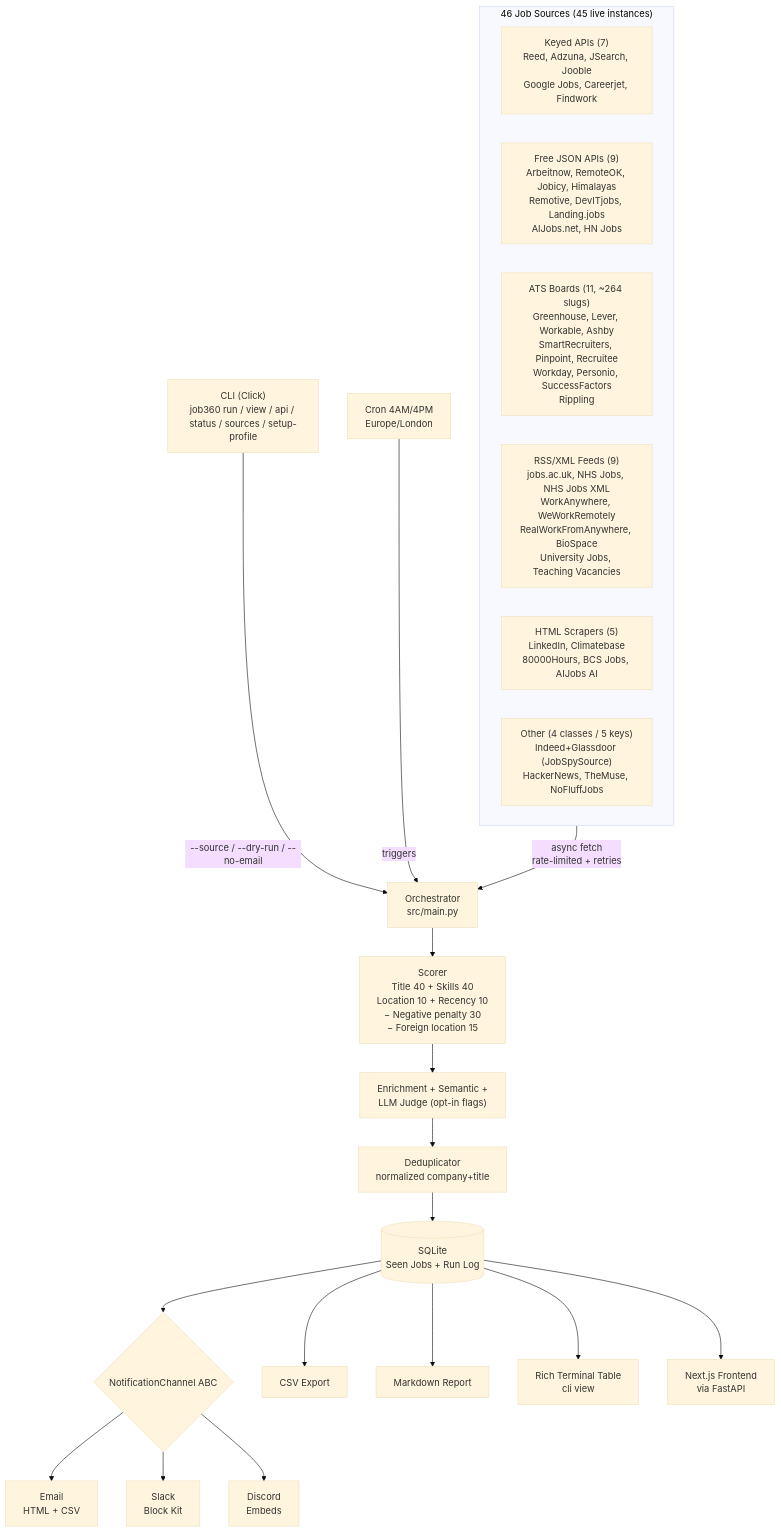
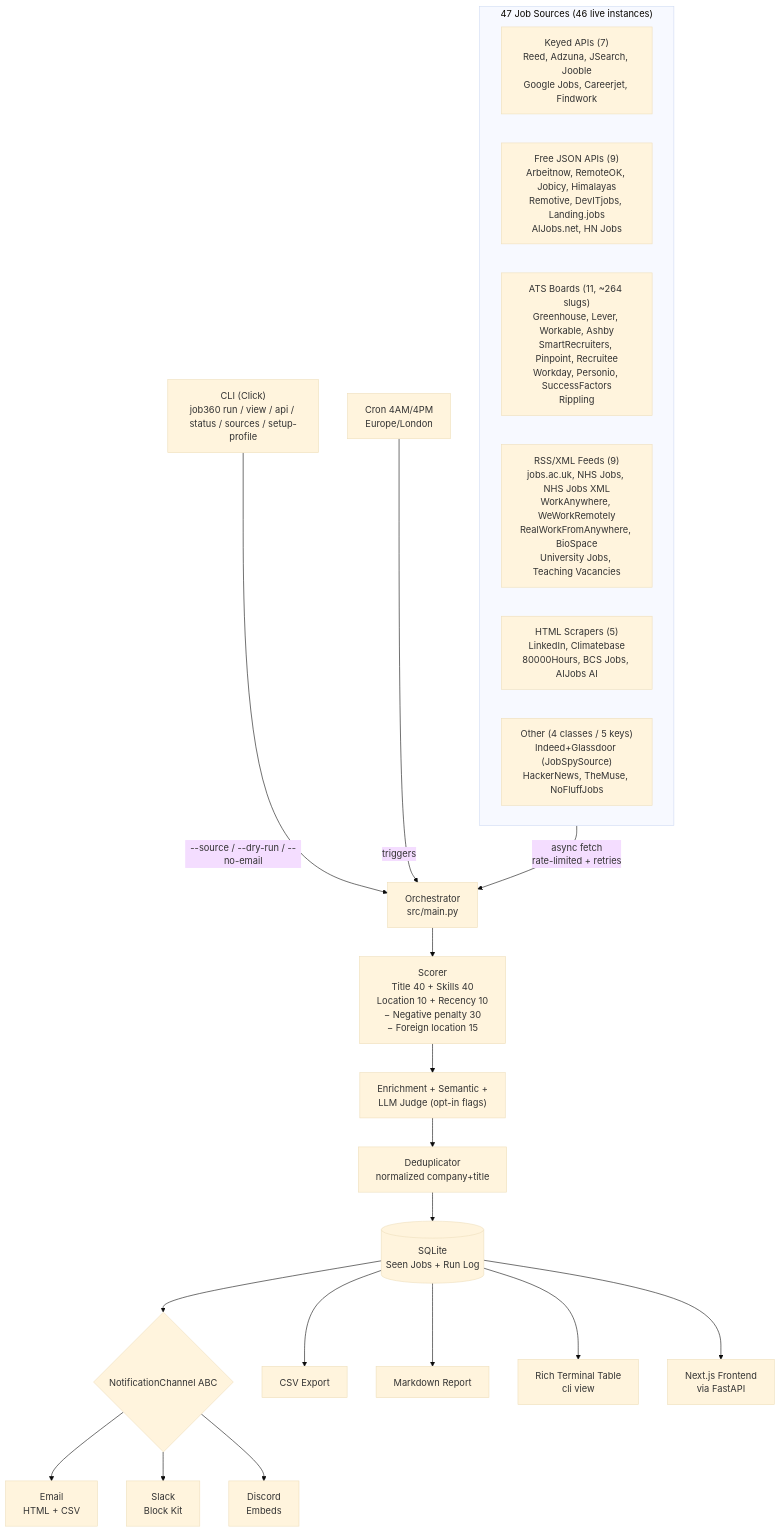
Before and after one commit to Ranjith36963/job360: the diagram in README.md, drawn with Mermaid (base theme). The commit also changed other lines of this file and 8 other files, not shown here.

````diff
--- a/README.md
+++ b/README.md
@@ -15,33 +15,33 @@
 ```mermaid
 flowchart TD
     CLI["CLI (Click)\njob360 run / view / api / status / sources / setup-profile"]
     Cron["Cron 4AM/4PM\nEurope/London"]
 
-    subgraph Sources["46 Job Sources (45 live instances)"]
+    subgraph Sources["47 Job Sources (46 live instances)"]
         direction LR
         KeyedAPIs["Keyed APIs (7)\nReed, Adzuna, JSearch, Jooble\nGoogle Jobs, Careerjet, Findwork"]
         FreeJSON["Free JSON APIs (9)\nArbeitnow, RemoteOK, Jobicy, Himalayas\nRemotive, DevITjobs, Landing.jobs\nAIJobs.net, HN Jobs"]
         ATSBoards["ATS Boards (11, ~264 slugs)\nGreenhouse, Lever, Workable, Ashby\nSmartRecruiters, Pinpoint, Recruitee\nWorkday, Personio, SuccessFactors\nRippling"]
         RSSFeeds["RSS/XML Feeds (9)\njobs.ac.uk, NHS Jobs, NHS Jobs XML\nWorkAnywhere, WeWorkRemotely\nRealWorkFromAnywhere, BioSpace\nUniversity Jobs, Teaching Vacancies"]
         HTMLScrapers["HTML Scrapers (5)\nLinkedIn, Climatebase\n80000Hours, BCS Jobs, AIJobs AI"]
         OtherSources["Other (4 classes / 5 keys)\nIndeed+Glassdoor (JobSpySource)\nHackerNews, TheMuse, NoFluffJobs"]
     end
 
     CLI -->|"--source / --dry-run / --no-email"| Orchestrator["Orchestrator\nsrc/main.py"]
     Cron -->|triggers| Orchestrator
     Sources -->|async fetch\nrate-limited + retries| Orchestrator
     Orchestrator --> Scorer["Scorer\nTitle 40 + Skills 40\nLocation 10 + Recency 10\n− Negative penalty 30\n− Foreign location 15"]
     Scorer --> OptEngines["Enrichment + Semantic +\nLLM Judge (opt-in flags)"]
     OptEngines --> Dedup[Deduplicator\nnormalized company+title]
     Dedup --> DB[(SQLite\nSeen Jobs + Run Log)]
 
     DB --> Channels{NotificationChannel ABC}
     Channels --> Email[Email\nHTML + CSV]
     Channels --> Slack[Slack\nBlock Kit]
     Channels --> Discord[Discord\nEmbeds]
 
     DB --> CSV[CSV Export]
     DB --> Report[Markdown Report]
     DB --> RichTable[Rich Terminal Table\ncli view]
     DB --> NextJS[Next.js Frontend\nvia FastAPI]
 ```
````
